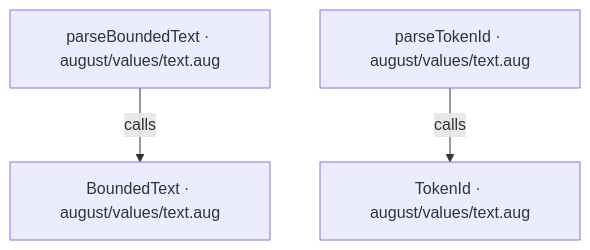
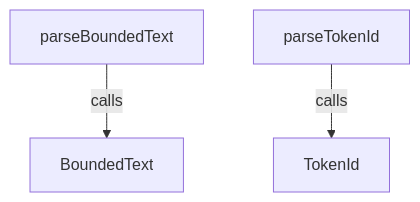
Before and after one commit to GreenPandaStudios/augscript: the first of 5 diagrams in src/stdlib/values/text.aug.diagrams.md, drawn with Mermaid. The commit also changed other lines of this file and 524 other files, not shown here.

Commit message:
Explain checked data flow at folder and service levels

````diff
--- a/src/stdlib/values/text.aug.diagrams.md
+++ b/src/stdlib/values/text.aug.diagrams.md
@@ -9,9 +11,9 @@
 ```mermaid
 flowchart TD
-    n0["BoundedText · august/values/text.aug"]
-    n1["TokenId · august/values/text.aug"]
-    n2["parseBoundedText · august/values/text.aug"]
-    n3["parseTokenId · august/values/text.aug"]
+    n0["BoundedText"]
+    n1["TokenId"]
+    n2["parseBoundedText"]
+    n3["parseTokenId"]
     n2 -->|"calls"| n0
     n3 -->|"calls"| n1
 ```
````
